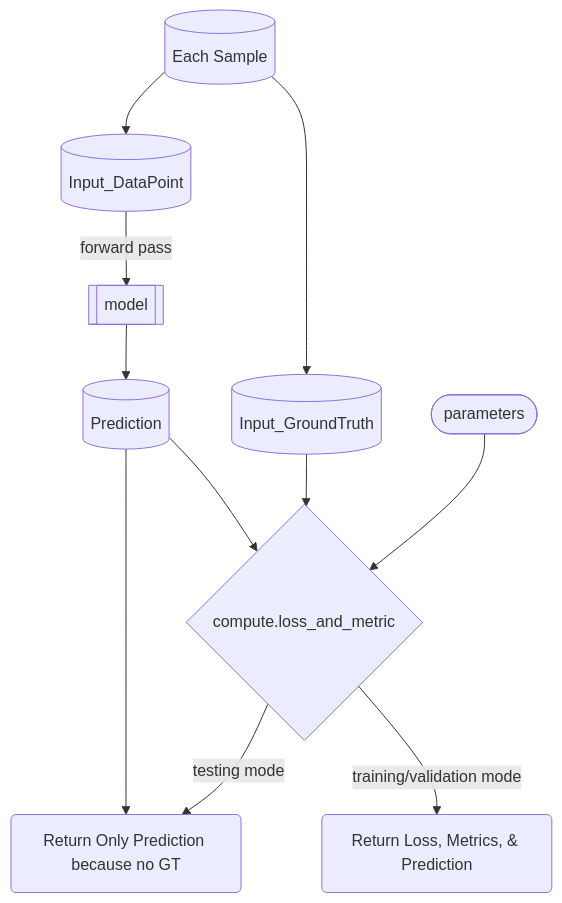
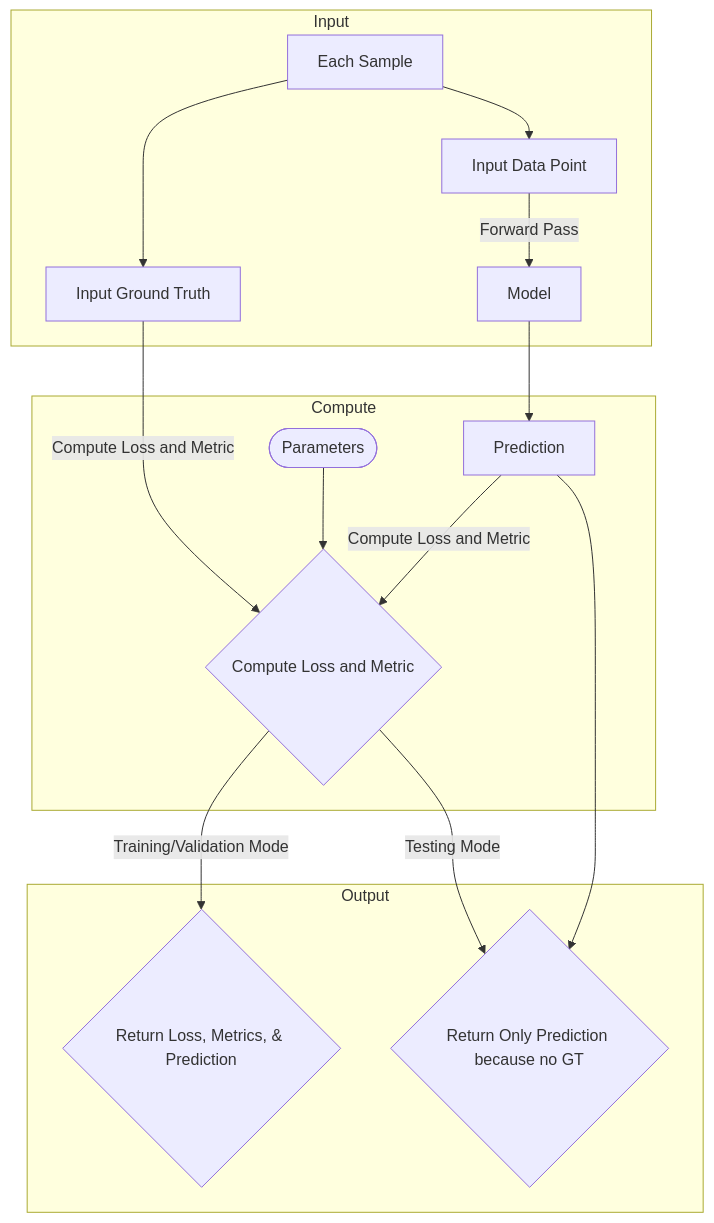
One commit to szmazurek/GaNDLF changed the seventh of 8 diagrams in docs/flowchart.md. Above: the diagram before and after it, drawn with Mermaid. The commit also changed other lines of this file, not shown here.

````diff
--- a/docs/flowchart.md
+++ b/docs/flowchart.md
@@ -109,12 +105,22 @@
 ```mermaid
 flowchart TD
-    Each_Sample --> Input_GroundTruth[(Input_GroundTruth)] -->type{compute.loss_and_metric}
-    Each_Sample[(Each Sample)] -->Input_DataPoint
-    Input_DataPoint[(Input_DataPoint)] -->|forward pass| model[[model]]
-    model --> Prediction[(Prediction)]
-    Prediction --> type{compute.loss_and_metric}
-    parameters([parameters]) --> type
-    type -->|training/validation mode| loss(Return Loss, Metrics, & Prediction)
-    type -->|testing mode| inferences_metrics(Return Only Prediction because no GT)
-    Prediction --> inferences_metrics
+    subgraph Input
+        Each_Sample[Each Sample] --> Input_GroundTruth[Input Ground Truth]
+        Each_Sample --> Input_DataPoint[Input Data Point]
+        Input_DataPoint -->|Forward Pass| model[Model]
+    end
+    
+    subgraph Compute
+        Input_GroundTruth -->|Compute Loss and Metric| type{Compute Loss and Metric}
+        model --> Prediction[Prediction]
+        Prediction -->|Compute Loss and Metric| type
+        parameters([Parameters]) --> type
+    end
+    
+    subgraph Output
+        type -->|Training/Validation Mode| Loss_Return{Return Loss, Metrics, & Prediction}
+        type -->|Testing Mode| Inference_Return{Return Only Prediction because no GT}
+        Prediction --> Inference_Return
+    end
+
 ```
````
